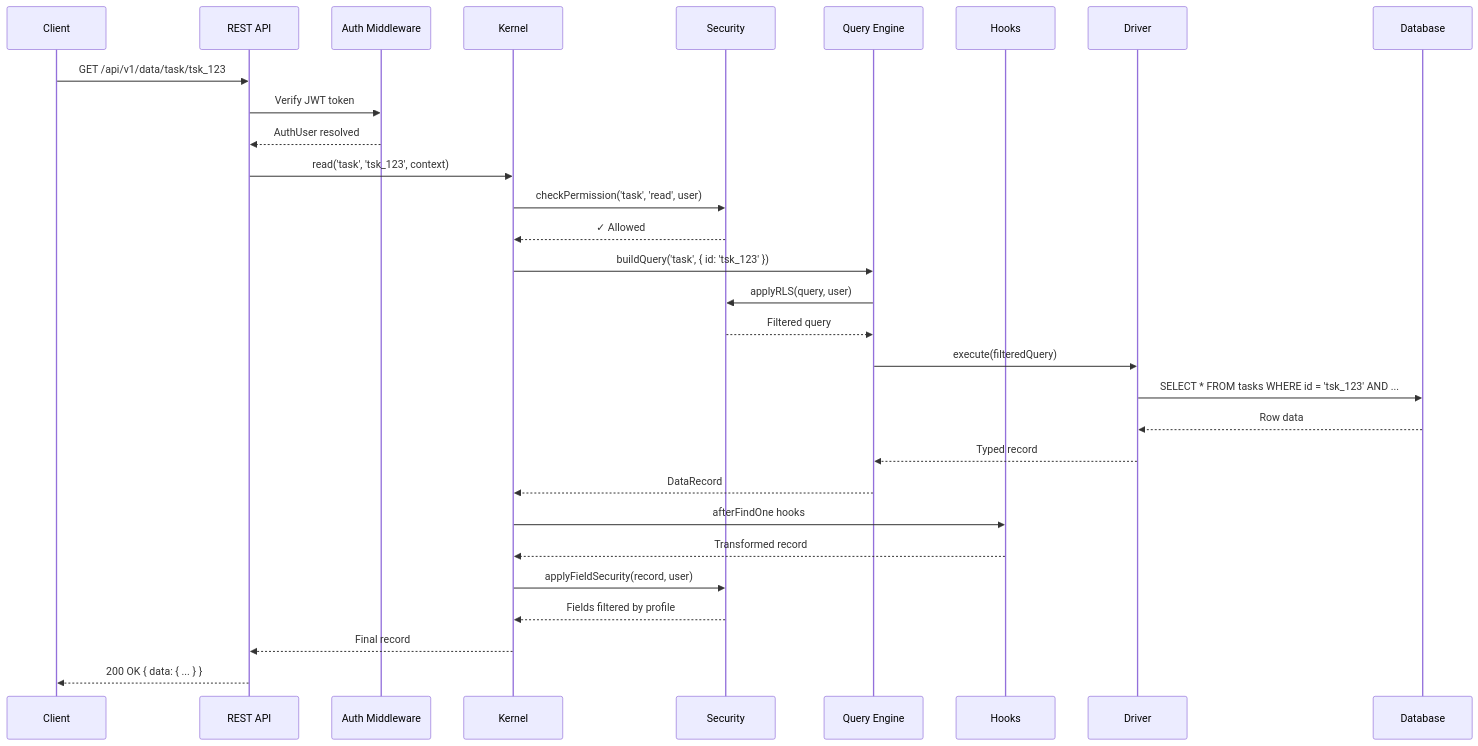
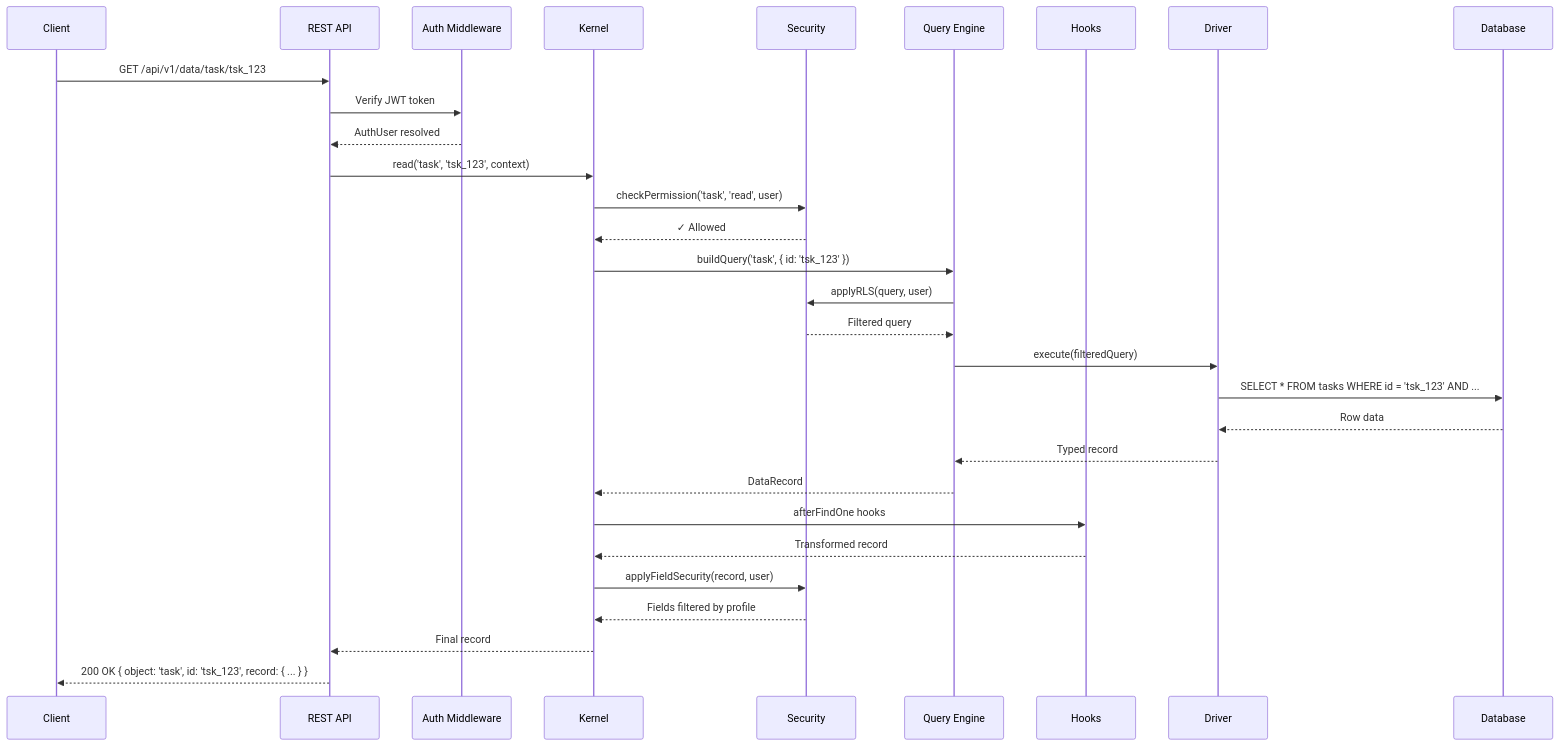
One commit to objectstack-ai/objectstack changed the second of 7 diagrams in content/docs/api/data-flow.mdx. Above: the diagram before and after it, drawn with Mermaid. The commit also changed other lines of this file and 40 other files, not shown here.

````diff
--- a/content/docs/api/data-flow.mdx
+++ b/content/docs/api/data-flow.mdx
@@ -67,41 +67,41 @@
 ```mermaid
 sequenceDiagram
     participant C as Client
     participant API as REST API
     participant Auth as Auth Middleware
     participant K as Kernel
     participant Sec as Security
     participant QE as Query Engine
     participant H as Hooks
     participant D as Driver
     participant DB as Database
 
     C->>API: GET /api/v1/data/task/tsk_123
     API->>Auth: Verify JWT token
     Auth-->>API: AuthUser resolved
 
     API->>K: read('task', 'tsk_123', context)
 
     K->>Sec: checkPermission('task', 'read', user)
     Sec-->>K: ✓ Allowed
 
     K->>QE: buildQuery('task', { id: 'tsk_123' })
     QE->>Sec: applyRLS(query, user)
     Sec-->>QE: Filtered query
 
     QE->>D: execute(filteredQuery)
     D->>DB: SELECT * FROM tasks WHERE id = 'tsk_123' AND ...
     DB-->>D: Row data
     D-->>QE: Typed record
 
     QE-->>K: DataRecord
 
     K->>H: afterFindOne hooks
     H-->>K: Transformed record
 
     K->>Sec: applyFieldSecurity(record, user)
     Sec-->>K: Fields filtered by profile
 
     K-->>API: Final record
-    API-->>C: 200 OK { data: { ... } }
+    API-->>C: 200 OK { object: 'task', id: 'tsk_123', record: { ... } }
 ```
````
